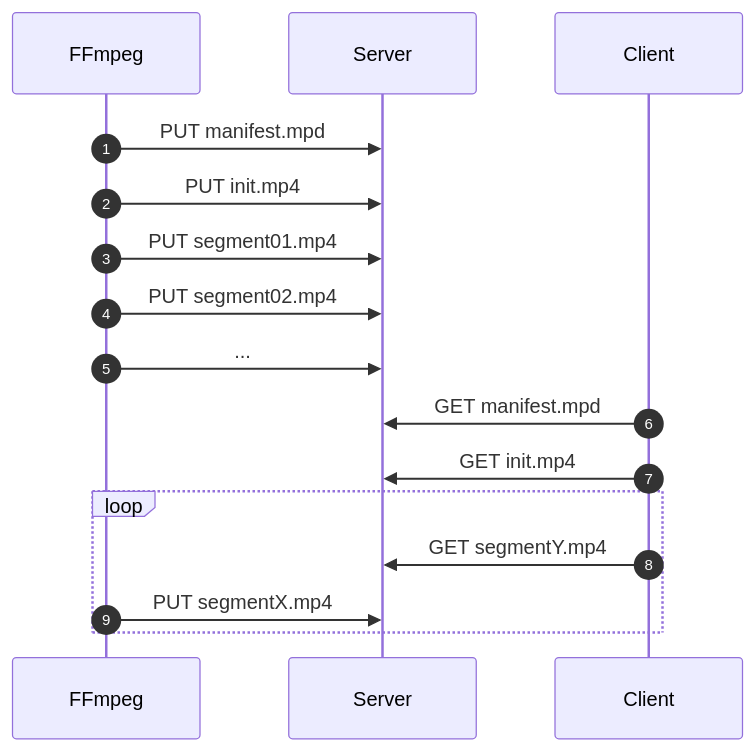
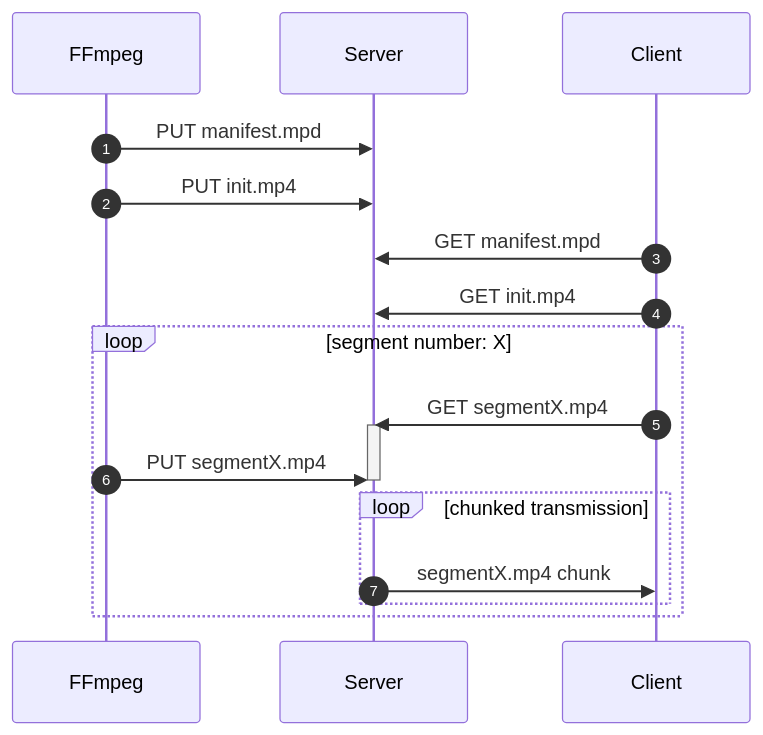
The diagram in README.md (robelor/fast-ll), drawn with Mermaid before and after one commit.

````diff
--- a/README.md
+++ b/README.md
@@ -9,19 +9,22 @@
 ```mermaid
 sequenceDiagram
     autonumber
     participant FFmpeg
     participant Server
     participant Client
     FFmpeg->>Server: PUT manifest.mpd
     FFmpeg->>Server: PUT init.mp4
-    FFmpeg->>Server: PUT segment01.mp4
-    FFmpeg->>Server: PUT segment02.mp4
-    FFmpeg->>Server: ...
-    Client->>Server: GET manifest.mpd
+      Client->>Server: GET manifest.mpd
     Client->>Server: GET init.mp4
-    loop 
-        Client->>Server: GET segmentY.mp4
+    loop segment number: X
+        Client->>Server: GET segmentX.mp4
+        activate Server
+
         FFmpeg->>Server: PUT segmentX.mp4
+        deactivate Server
+        loop chunked transmission
+            Server->>Client: segmentX.mp4 chunk
+        end
     end
-    
+
 ```
````
